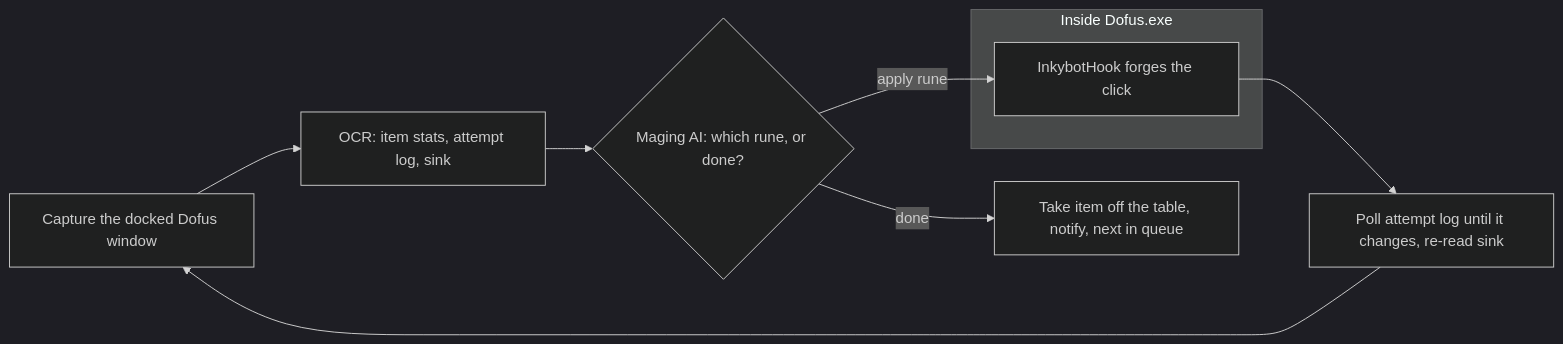
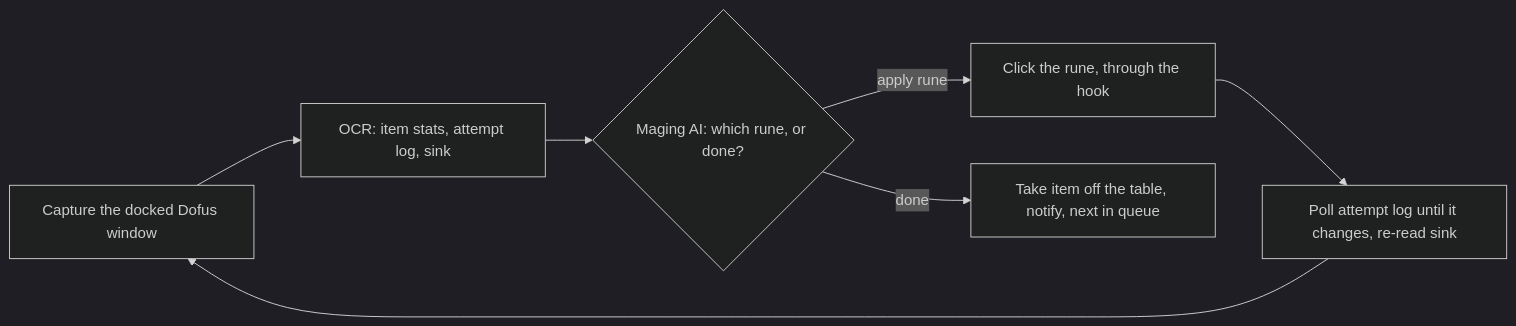
Before and after one commit to kpolicar/inkybot: the first of 2 diagrams in README.md, drawn with Mermaid (dark theme). The commit also changed other lines of this file, not shown here.

Commit message:
Split README diagram into maging loop and input hook

````diff
--- a/README.md
+++ b/README.md
@@ -19,12 +21,9 @@
 ```mermaid
 flowchart LR
     A[Capture the docked Dofus window] --> B[OCR: item stats, attempt log, sink]
     B --> C{Maging AI: which rune, or done?}
-    C -->|apply rune| D
-    subgraph G[Inside Dofus.exe]
-        D[InkybotHook forges the click]
-    end
+    C -->|apply rune| D[Click the rune, through the hook]
     D --> E[Poll attempt log until it changes, re-read sink]
     E --> A
     C -->|done| F[Take item off the table, notify, next in queue]
 ```
````
